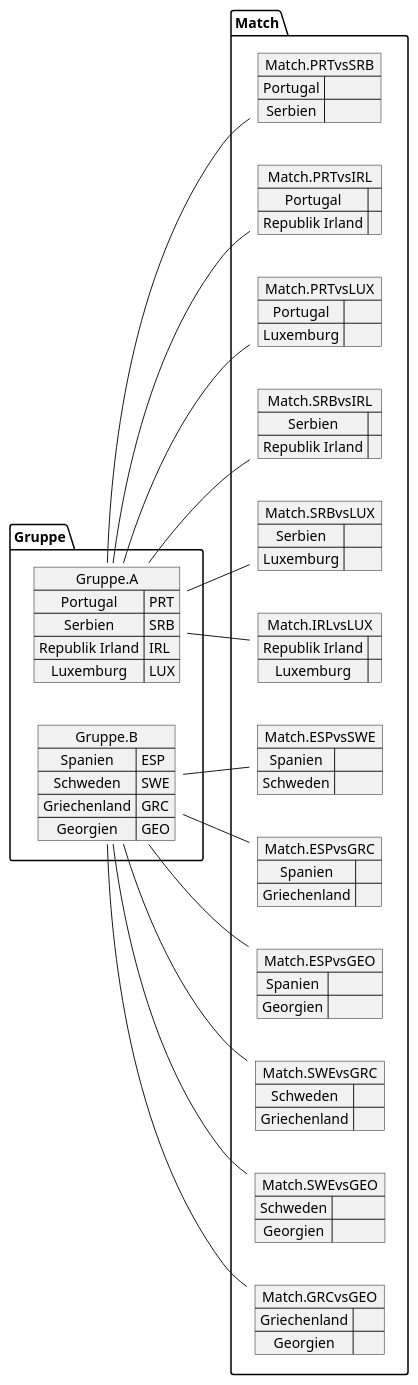
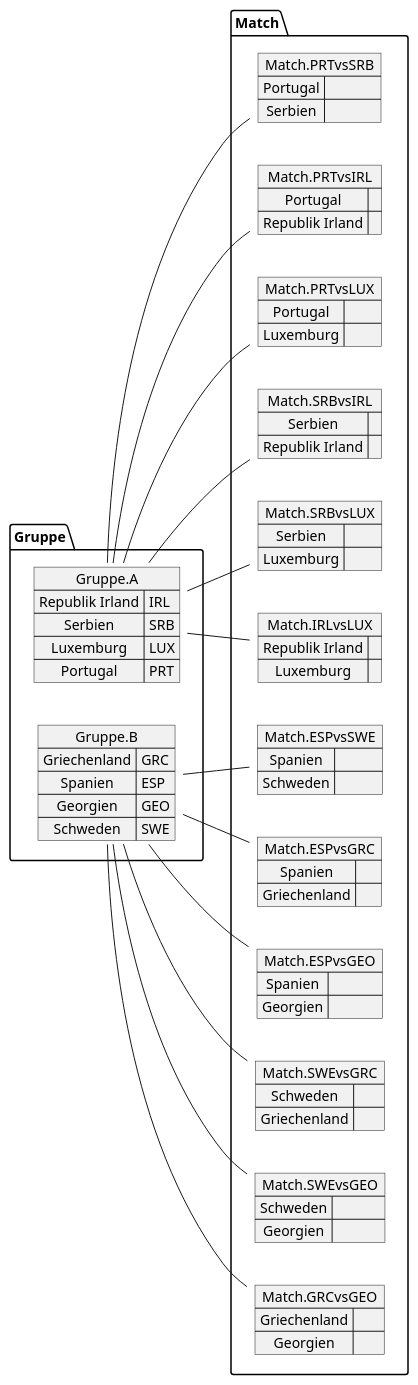
Before and after one commit to htl-leonding-project/2022-4ahif-autohaus: the diagram in asciidocs/plantuml/ResultGP.puml, drawn with PlantUML. The commit also changed other lines of this file and 3 other files, not shown here.

```diff
--- a/asciidocs/plantuml/ResultGP.puml
+++ b/asciidocs/plantuml/ResultGP.puml
@@ -1,88 +1,88 @@
 @startuml
 left to right direction
 
 map Gruppe.A {
+Republik Irland=>IRL
+Serbien=>SRB
+Luxemburg=>LUX
 Portugal=>PRT
-Serbien=>SRB
-Republik Irland=>IRL
-Luxemburg=>LUX
 }
 
 map Gruppe.B {
+Griechenland=>GRC
 Spanien=>ESP
+Georgien=>GEO
 Schweden=>SWE
-Griechenland=>GRC
-Georgien=>GEO
 }
 map Match.PRTvsSRB {
 Portugal =>
 Serbien =>
 }
 
 map Match.PRTvsIRL {
 Portugal =>
 Republik Irland =>
 }
 
 map Match.PRTvsLUX {
 Portugal =>
 Luxemburg =>
 }
 
 map Match.SRBvsIRL {
 Serbien =>
 Republik Irland =>
 }
 
 map Match.SRBvsLUX {
 Serbien =>
 Luxemburg =>
 }
 
 map Match.IRLvsLUX {
 Republik Irland =>
 Luxemburg =>
 }
 map Match.ESPvsSWE {
 Spanien =>
 Schweden =>
 }
 
 map Match.ESPvsGRC {
 Spanien =>
 Griechenland =>
 }
 
 map Match.ESPvsGEO {
 Spanien =>
 Georgien =>
 }
 
 map Match.SWEvsGRC {
 Schweden =>
 Griechenland =>
 }
 
 map Match.SWEvsGEO {
 Schweden =>
 Georgien =>
 }
 
 map Match.GRCvsGEO {
 Griechenland =>
 Georgien =>
 }
 Gruppe.A -- Match.PRTvsSRB
 Gruppe.A -- Match.PRTvsIRL
 Gruppe.A -- Match.PRTvsLUX
 Gruppe.A -- Match.SRBvsIRL
 Gruppe.A -- Match.SRBvsLUX
 Gruppe.A -- Match.IRLvsLUX
 Gruppe.B -- Match.ESPvsSWE
 Gruppe.B -- Match.ESPvsGRC
 Gruppe.B -- Match.ESPvsGEO
 Gruppe.B -- Match.SWEvsGRC
 Gruppe.B -- Match.SWEvsGEO
 Gruppe.B -- Match.GRCvsGEO
 
 @enduml
```
